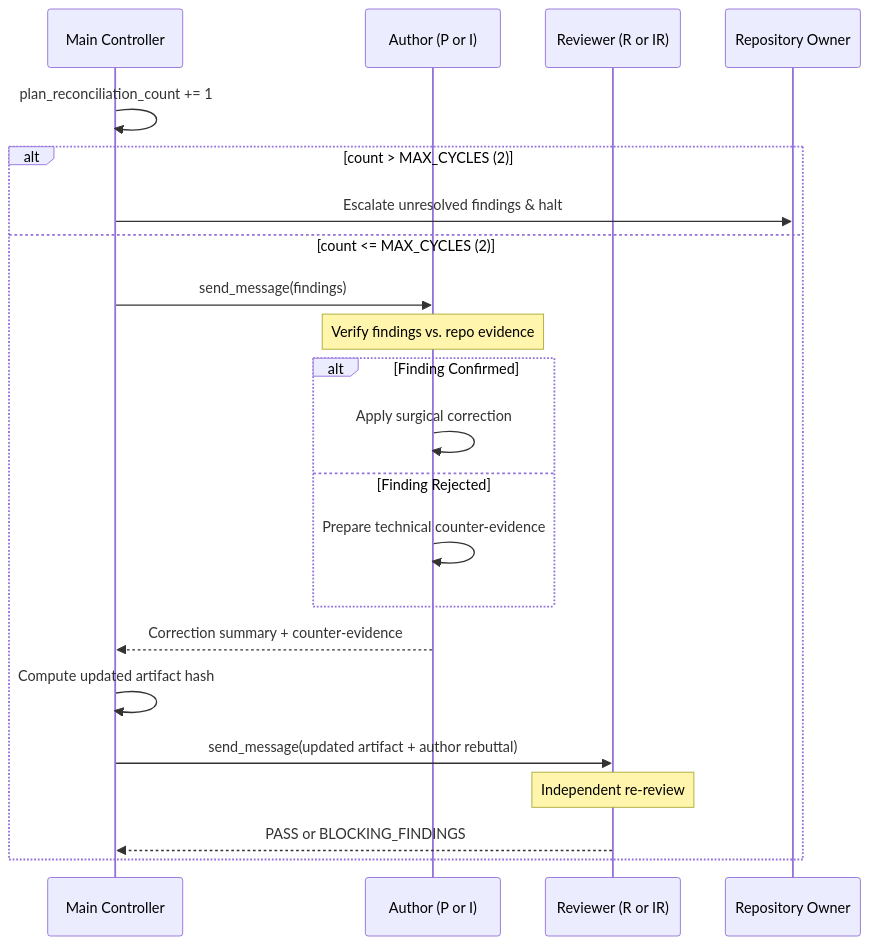
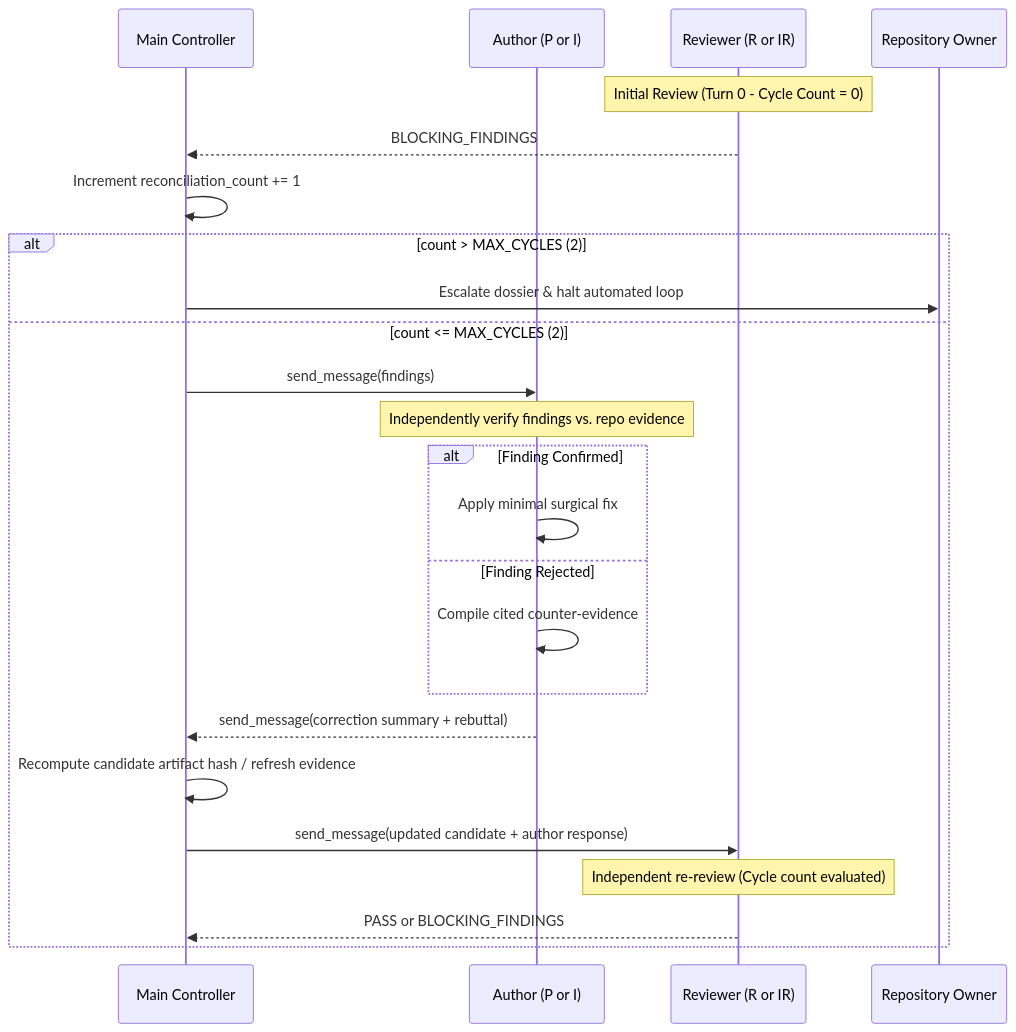
One commit to khangnhoang/cobbleverse-hell-mode-modernized changed the diagram in .agents/skills/managed-agent-workflow/references/reconciliation-protocol.md. Above: the diagram before and after it, drawn with Mermaid. The commit also changed other lines of this file and 15 other files, not shown here.

Commit message:
feat(workflow): modularize agent architecture into specialized skills

````diff
--- a/.agents/skills/managed-agent-workflow/references/reconciliation-protocol.md
+++ b/.agents/skills/managed-agent-workflow/references/reconciliation-protocol.md
@@ -11,25 +11,27 @@
 ```mermaid
 sequenceDiagram
     participant Main as Main Controller
     participant Author as Author (P or I)
     participant Reviewer as Reviewer (R or IR)
     participant Owner as Repository Owner
 
-    Main->>Main: plan_reconciliation_count += 1
+    Note over Reviewer: Initial Review (Turn 0 - Cycle Count = 0)
+    Reviewer-->>Main: BLOCKING_FINDINGS
+    Main->>Main: Increment reconciliation_count += 1
     alt count > MAX_CYCLES (2)
-        Main->>Owner: Escalate unresolved findings & halt
+        Main->>Owner: Escalate dossier & halt automated loop
     else count <= MAX_CYCLES (2)
         Main->>Author: send_message(findings)
-        Note over Author: Verify findings vs. repo evidence
+        Note over Author: Independently verify findings vs. repo evidence
         alt Finding Confirmed
-            Author->>Author: Apply surgical correction
+            Author->>Author: Apply minimal surgical fix
         else Finding Rejected
-            Author->>Author: Prepare technical counter-evidence
+            Author->>Author: Compile cited counter-evidence
         end
-        Author-->>Main: Correction summary + counter-evidence
-        Main->>Main: Compute updated artifact hash
-        Main->>Reviewer: send_message(updated artifact + author rebuttal)
-        Note over Reviewer: Independent re-review
+        Author-->>Main: send_message(correction summary + rebuttal)
+        Main->>Main: Recompute candidate artifact hash / refresh evidence
+        Main->>Reviewer: send_message(updated candidate + author response)
+        Note over Reviewer: Independent re-review (Cycle count evaluated)
         Reviewer-->>Main: PASS or BLOCKING_FINDINGS
     end
 ```
````
